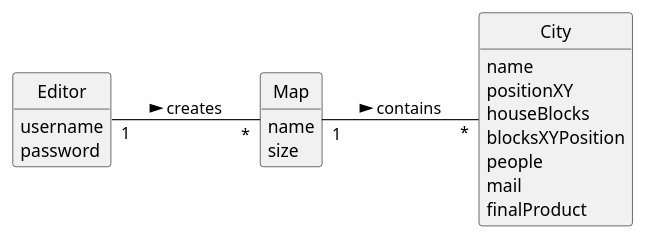
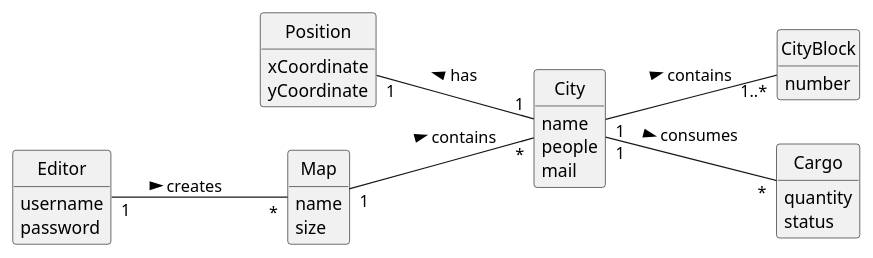
The diagram in Sprint2/US003/02.analysis/puml/US003-DM.puml (1240935/pi2-railway-simulator), drawn with PlantUML before and after one commit. The commit also changed 19 other files, not shown here.

```diff
--- a/Sprint2/US003/02.analysis/puml/US003-DM.puml
+++ b/Sprint2/US003/02.analysis/puml/US003-DM.puml
@@ -1,39 +1,55 @@
 @startuml
 skinparam monochrome true
 skinparam packageStyle rectangle
 skinparam shadowing false
 'skinparam linetype ortho
 'left to right direction
 skinparam classAttributeIconSize 0
 hide circle
 hide methods
 
 hide circle
 hide methods
 
 left to right direction
 
 class Map {
     name
     size
 }
 
 class City {
     name
-    positionXY
-    houseBlocks
-    blocksXYPosition
     people
     mail
-    finalProduct
+}
+
+class CityBlock{
+    number
+}
+
+class Cargo {
+    quantity
+    status
 }
 
 class Editor {
     username
     password
 }
 
+class Position{
+    xCoordinate
+    yCoordinate
+}
+
+
+
 Map "1" -- "*" City : contains >
 Editor "1" -- "*" Map : creates >
+City "1" -- "1..*" CityBlock: contains >
+City "1" -- "*" Cargo: consumes >
+Position "1" -- "1" City: has <
+
 
 @enduml
```
